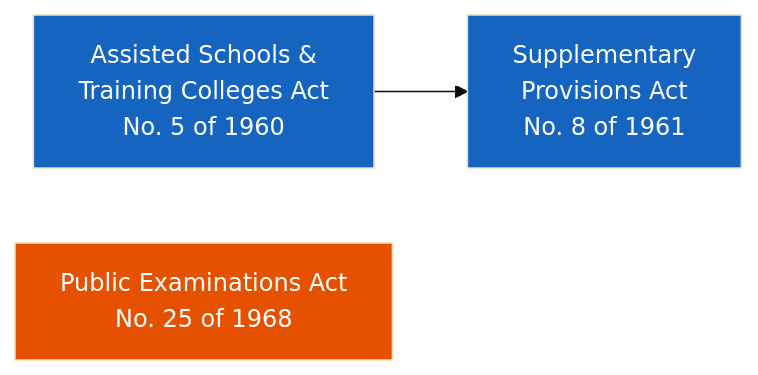
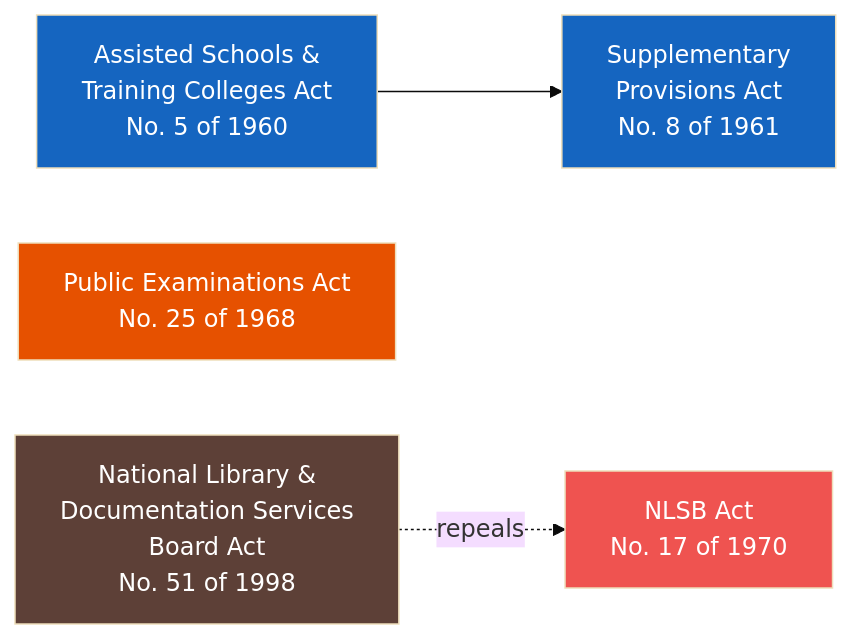
One commit to LDFLK/research changed the diagram in docs/docs/ministry-deep-dive/education/act-lineage/index.md. Above: the diagram before and after it, drawn with Mermaid (base theme). The commit also changed other lines of this file and 10 other files, not shown here.

First line of the commit message:
feat: add National Library & Documentation Services Board Act deep dive

````diff
--- a/docs/docs/ministry-deep-dive/education/act-lineage/index.md
+++ b/docs/docs/ministry-deep-dive/education/act-lineage/index.md
@@ -12,13 +12,17 @@
 ```mermaid
 flowchart LR
     ASA["Assisted Schools &<br/>Training Colleges Act<br/>No. 5 of 1960"] --> SUP["Supplementary<br/>Provisions Act<br/>No. 8 of 1961"]
     PEA["Public Examinations Act<br/>No. 25 of 1968"]
+    NLA["National Library &<br/>Documentation Services<br/>Board Act<br/>No. 51 of 1998"] -.->|"repeals"| OLD["NLSB Act<br/>No. 17 of 1970"]
 
     click ASA "https://www.lawnet.gov.lk/wp-content/uploads/Law%20Site/4-stats_1956_2006/set1/1960Y0V0C5A.html" "View Act (LawNet)" _blank
     click SUP "https://www.lawnet.gov.lk/wp-content/uploads/Law%20Site/4-stats_1956_2006/set1/1961Y0V0C8A.html" "View Act (LawNet)" _blank
     click PEA "https://www.srilankalaw.lk/revised-statutes/volume-vi/965-public-examinations-act.html" "View Act (srilankalaw.lk)" _blank
+    click NLA "http://www.natlib.lk/pdf/51of1998E.pdf" "View Act (natlib.lk)" _blank
 
     style ASA fill:#1565C0,color:#fff
     style SUP fill:#1565C0,color:#fff
     style PEA fill:#E65100,color:#fff
+    style NLA fill:#5D4037,color:#fff
+    style OLD fill:#EF5350,color:#fff
 ```
````
